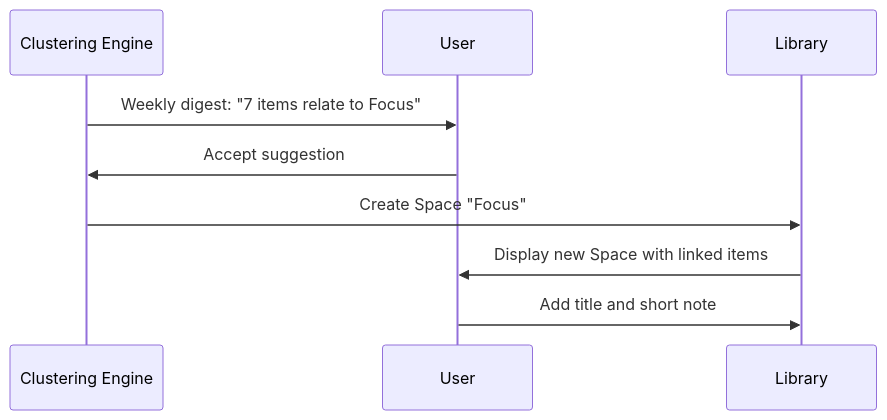
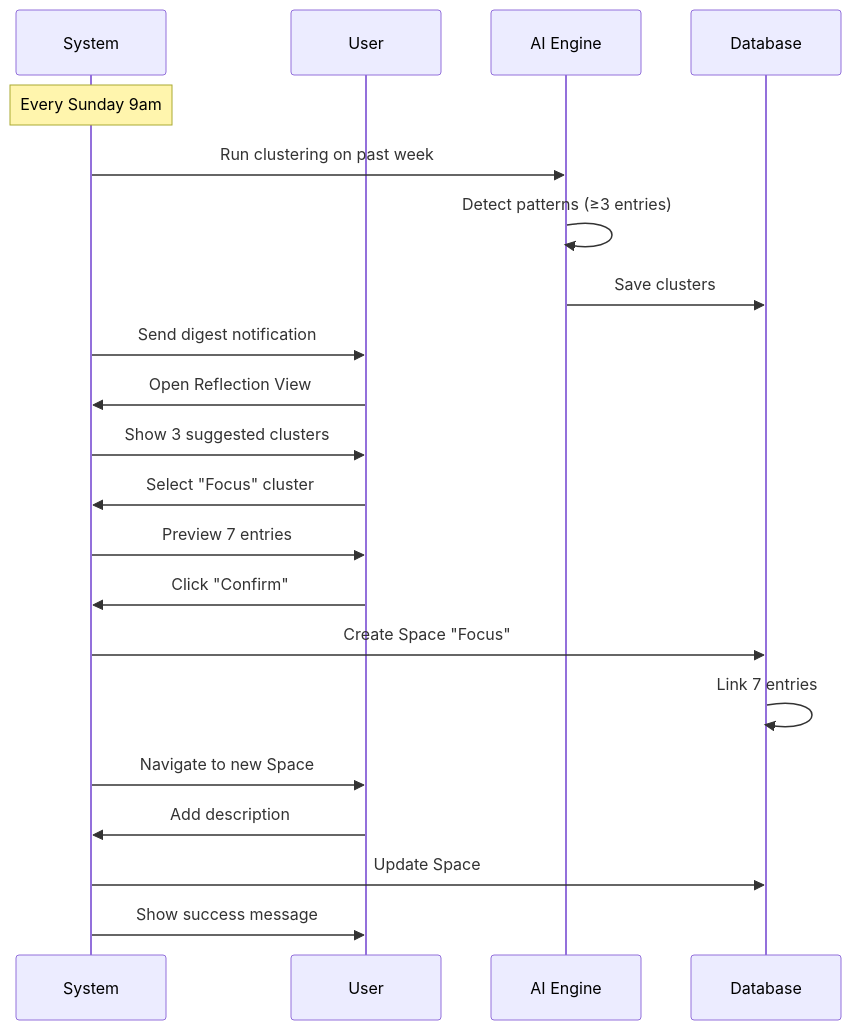
One commit to xiaoyuanzhu-com/my-life-db changed the second of 3 diagrams in docs/product-design.md. Above: the diagram before and after it, drawn with Mermaid. The commit also changed other lines of this file and 1 other file, not shown here.

````diff
--- a/docs/product-design.md
+++ b/docs/product-design.md
@@ -179,12 +496,24 @@
 ```mermaid
 sequenceDiagram
-  participant AI as Clustering Engine
-  participant U as User
-  participant L as Library
+    participant S as System
+    participant U as User
+    participant AI as AI Engine
+    participant DB as Database
 
-  AI->>U: Weekly digest: "7 items relate to Focus"
-  U->>AI: Accept suggestion
-  AI->>L: Create Space "Focus"
-  L->>U: Display new Space with linked items
-  U->>L: Add title and short note
+    Note over S: Every Sunday 9am
+    S->>AI: Run clustering on past week
+    AI->>AI: Detect patterns (≥3 entries)
+    AI->>DB: Save clusters
+    S->>U: Send digest notification
+    U->>S: Open Reflection View
+    S->>U: Show 3 suggested clusters
+    U->>S: Select "Focus" cluster
+    S->>U: Preview 7 entries
+    U->>S: Click "Confirm"
+    S->>DB: Create Space "Focus"
+    DB->>DB: Link 7 entries
+    S->>U: Navigate to new Space
+    U->>S: Add description
+    S->>DB: Update Space
+    S->>U: Show success message
 ```
````
